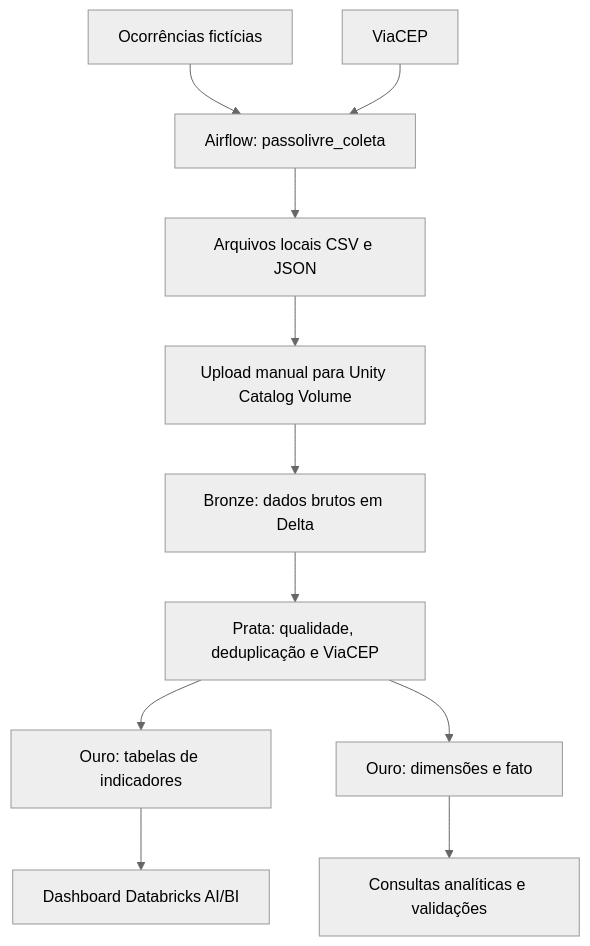
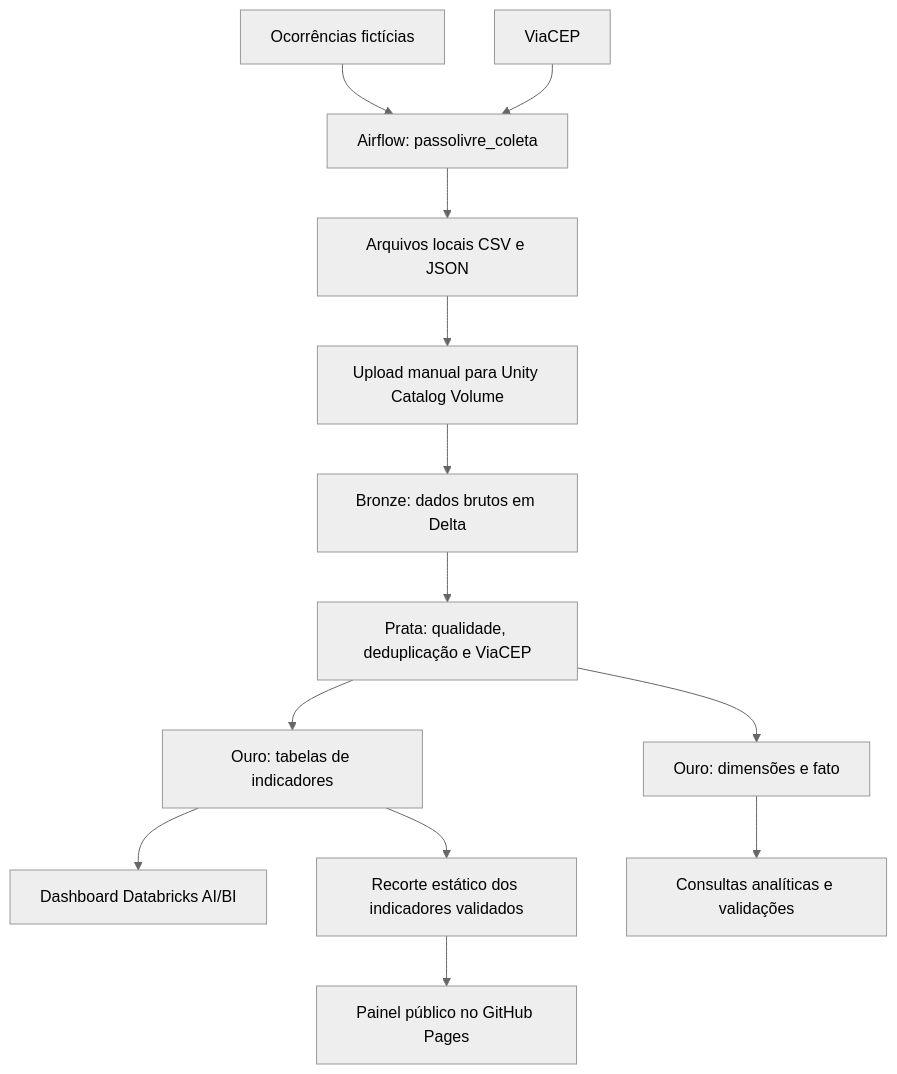
One commit to Sabi-Hase/passolivre-bigdata changed the diagram in README.md. Above: the diagram before and after it, drawn with Mermaid (neutral theme). The commit also changed other lines of this file and 13 other files, not shown here.

````diff
--- a/README.md
+++ b/README.md
@@ -32,13 +34,15 @@
 ```mermaid
 flowchart TD
     A["Ocorrências fictícias"] --> B["Airflow: passolivre_coleta"]
     V["ViaCEP"] --> B
     B --> C["Arquivos locais CSV e JSON"]
     C --> D["Upload manual para Unity Catalog Volume"]
     D --> E["Bronze: dados brutos em Delta"]
     E --> F["Prata: qualidade, deduplicação e ViaCEP"]
     F --> G["Ouro: tabelas de indicadores"]
     F --> H["Ouro: dimensões e fato"]
     G --> I["Dashboard Databricks AI/BI"]
+    G --> K["Recorte estático dos indicadores validados"]
+    K --> L["Painel público no GitHub Pages"]
     H --> J["Consultas analíticas e validações"]
 ```
````
